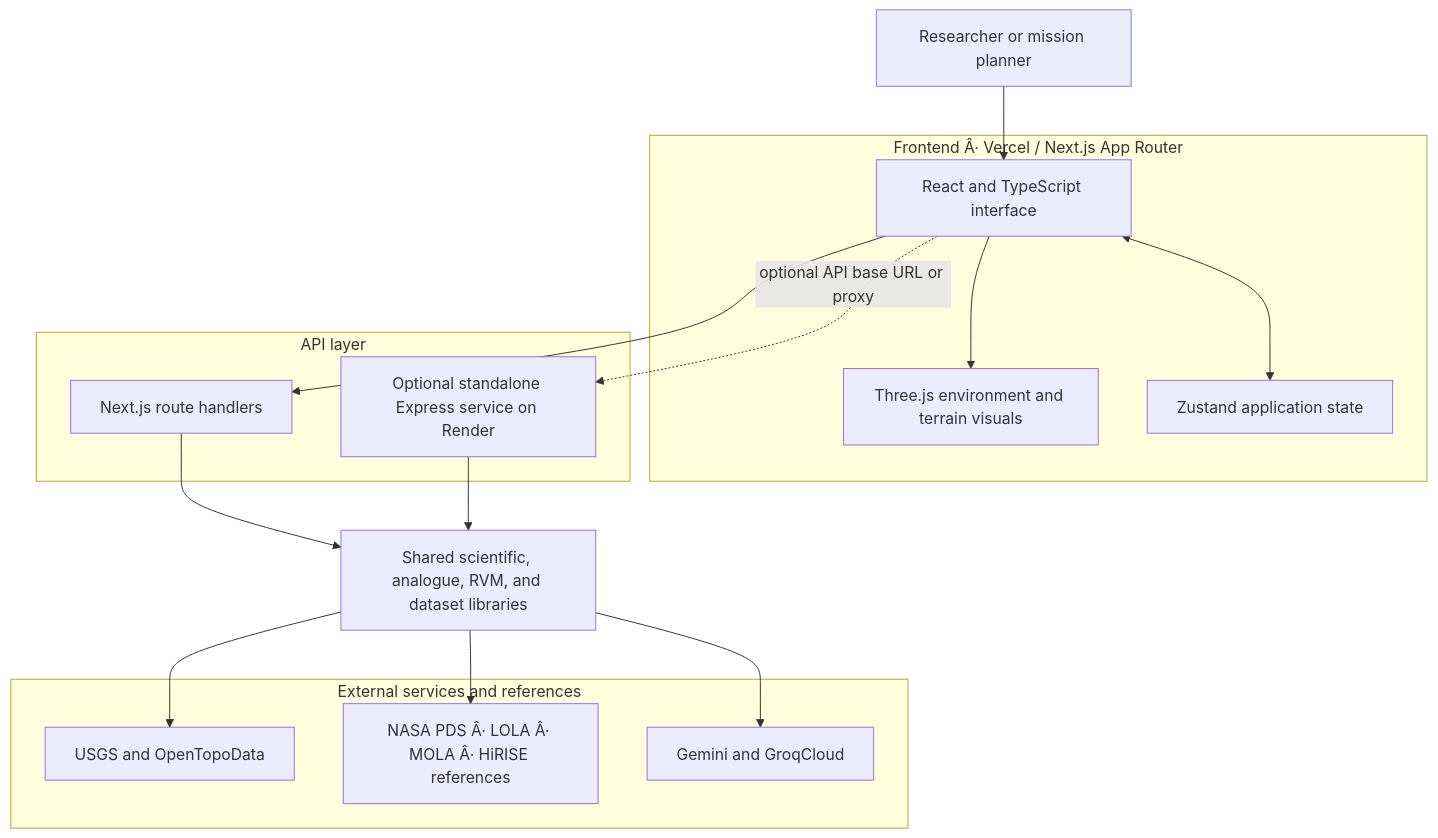
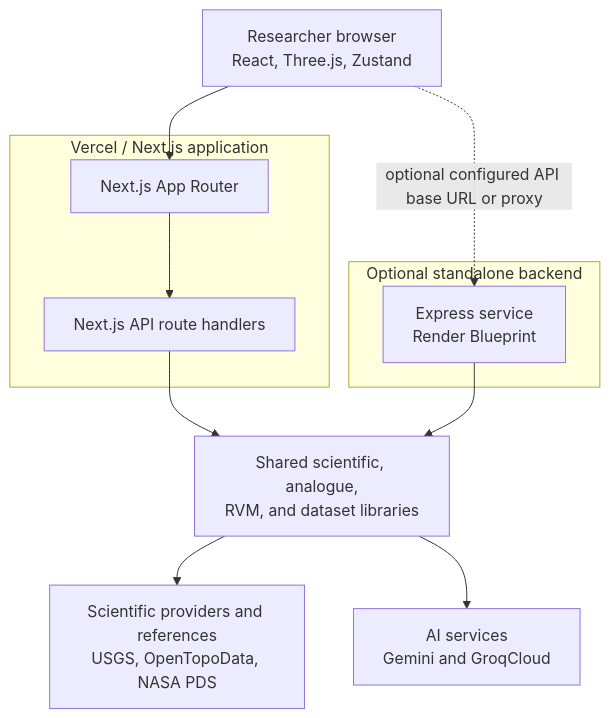
The third of 3 diagrams in README.md (selfabhijeetkumar/terralign), drawn with Mermaid before and after one commit. The commit also changed other lines of this file, not shown here.

````diff
--- a/README.md
+++ b/README.md
@@ -212,34 +238,25 @@
 ```mermaid
 flowchart TB
-    U[Researcher or mission planner]
+    B["Researcher browser<br/>React, Three.js, Zustand"]
 
-    subgraph FE[Frontend Â· Vercel / Next.js App Router]
-        UI[React and TypeScript interface]
-        VIS[Three.js environment and terrain visuals]
-        STATE[Zustand application state]
+    subgraph V["Vercel / Next.js application"]
+        N["Next.js App Router"]
+        A["Next.js API route handlers"]
+        N --> A
     end
 
-    subgraph API[API layer]
-        NEXT[Next.js route handlers]
-        RENDER[Optional standalone Express service on Render]
+    subgraph O["Optional standalone backend"]
+        X["Express service<br/>Render Blueprint"]
     end
 
-    LIB[Shared scientific, analogue, RVM, and dataset libraries]
+    L["Shared scientific, analogue,<br/>RVM, and dataset libraries"]
+    D["Scientific providers and references<br/>USGS, OpenTopoData, NASA PDS"]
+    I["AI services<br/>Gemini and GroqCloud"]
 
-    subgraph SOURCES[External services and references]
-        USGS[USGS and OpenTopoData]
-        PDS[NASA PDS Â· LOLA Â· MOLA Â· HiRISE references]
-        AI[Gemini and GroqCloud]
-    end
-
-    U --> UI
-    UI <--> STATE
-    UI --> VIS
-    UI --> NEXT
-    UI -. optional API base URL or proxy .-> RENDER
-    NEXT --> LIB
-    RENDER --> LIB
-    LIB --> USGS
-    LIB --> PDS
-    LIB --> AI
+    B --> N
+    B -. "optional configured API base URL or proxy" .-> X
+    A --> L
+    X --> L
+    L --> D
+    L --> I
 ```
````
